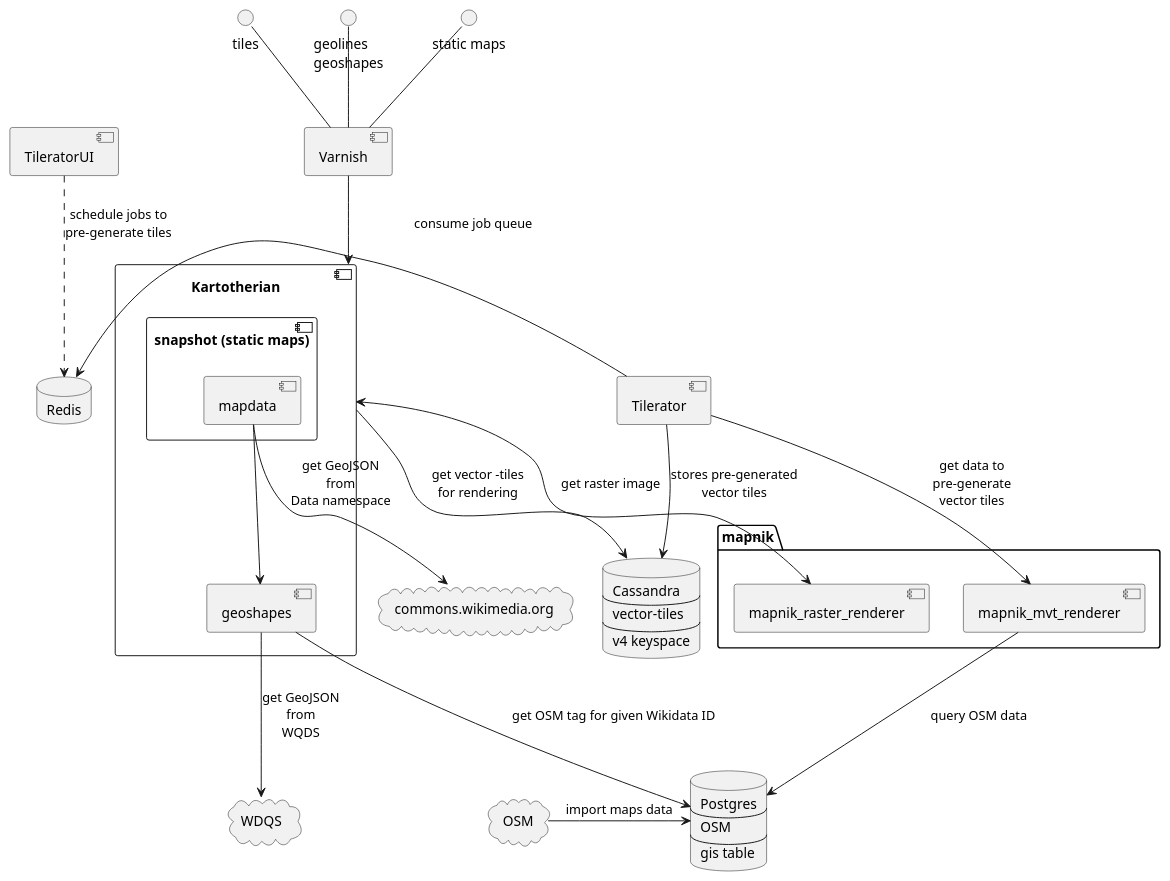
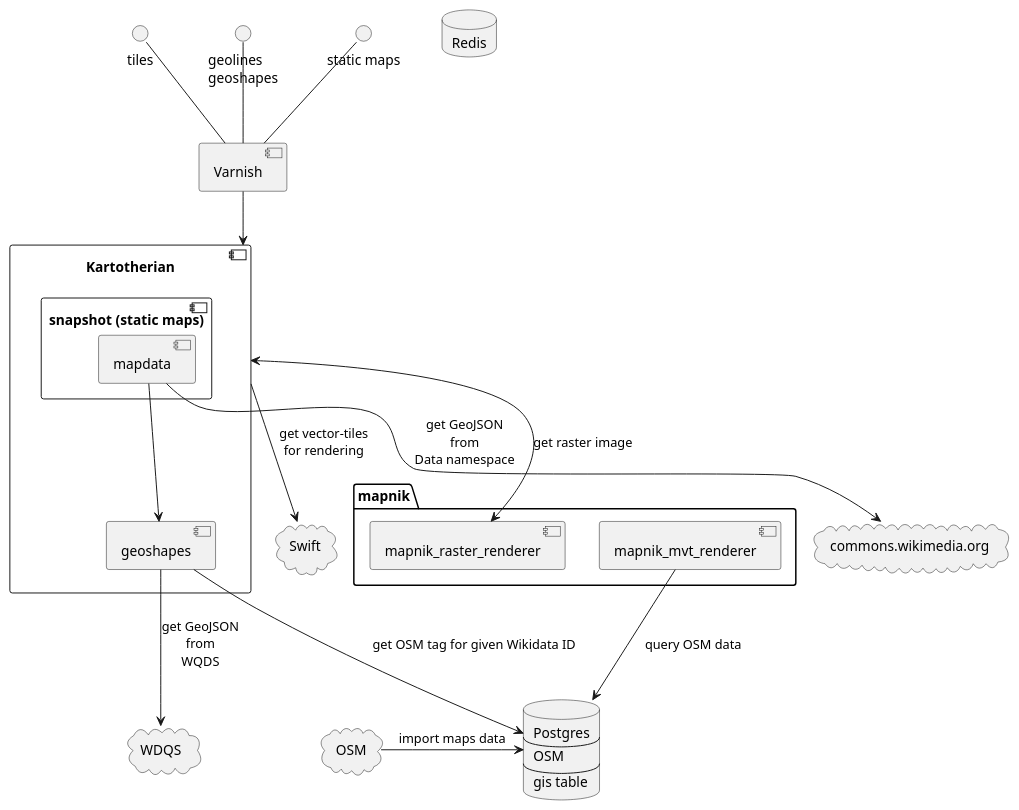
One commit to wikimedia/mediawiki-services-kartotherian changed the diagram in docs/diagrams/backend.puml. Above: the diagram before and after it, drawn with PlantUML. The commit also changed 133 other files, not shown here.

```diff
--- a/docs/diagrams/backend.puml
+++ b/docs/diagrams/backend.puml
@@ -1,60 +1,46 @@
 @startuml
 () tiles
 () "geolines\ngeoshapes" as geoshapes_req
 () "static maps" as staticmaps
 [Varnish]
 component Kartotherian {
     component geoshapes
     component "snapshot (static maps)" as snapshot {
         component mapdata
     }
 }
-[Tilerator]
-[TileratorUI]
 cloud OSM
 cloud WDQS
 cloud commons [
     commons.wikimedia.org
 ]
-database Cassandra [
-    Cassandra
-    ---
-    vector-tiles
-    --
-    v4 keyspace
-]
+cloud Swift
 database Redis
 database Postgres [
     Postgres
     --
     OSM
     --
     gis table
 ]
 package mapnik {
     component mapnik_mvt_renderer
     component mapnik_raster_renderer
 }
 
 mapnik_mvt_renderer --> Postgres : query OSM data
-Tilerator --> mapnik_mvt_renderer : get data to\npre-generate\nvector tiles
 Kartotherian <--> mapnik_raster_renderer : get raster image
 
 geoshapes --> Postgres : get OSM tag for given Wikidata ID
 geoshapes --> WDQS : get GeoJSON\nfrom\nWQDS
 mapdata --> commons : get GeoJSON\nfrom\nData namespace
 mapdata --> geoshapes
 tiles -- Varnish
 geoshapes_req -- Varnish
 staticmaps -- Varnish
 
 OSM -> Postgres: import maps data
-Tilerator -left-> Redis: consume job queue
-'Tilerator --> Postgres: get data to pre-generate\nvector tiles
-Tilerator -> Cassandra: stores pre-generated\nvector tiles
 
-TileratorUI ..> Redis: schedule jobs to\npre-generate tiles
-
-Kartotherian --> Cassandra: get vector -tiles\nfor rendering
+Kartotherian --> Swift: get vector-tiles\nfor rendering
 Varnish --> Kartotherian
 @enduml
```
